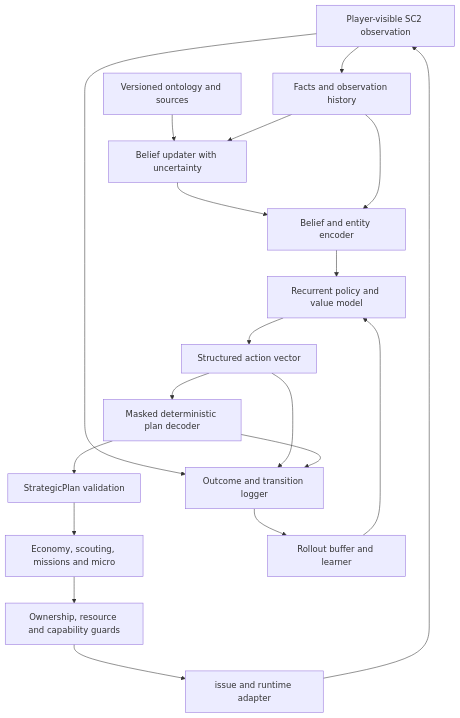
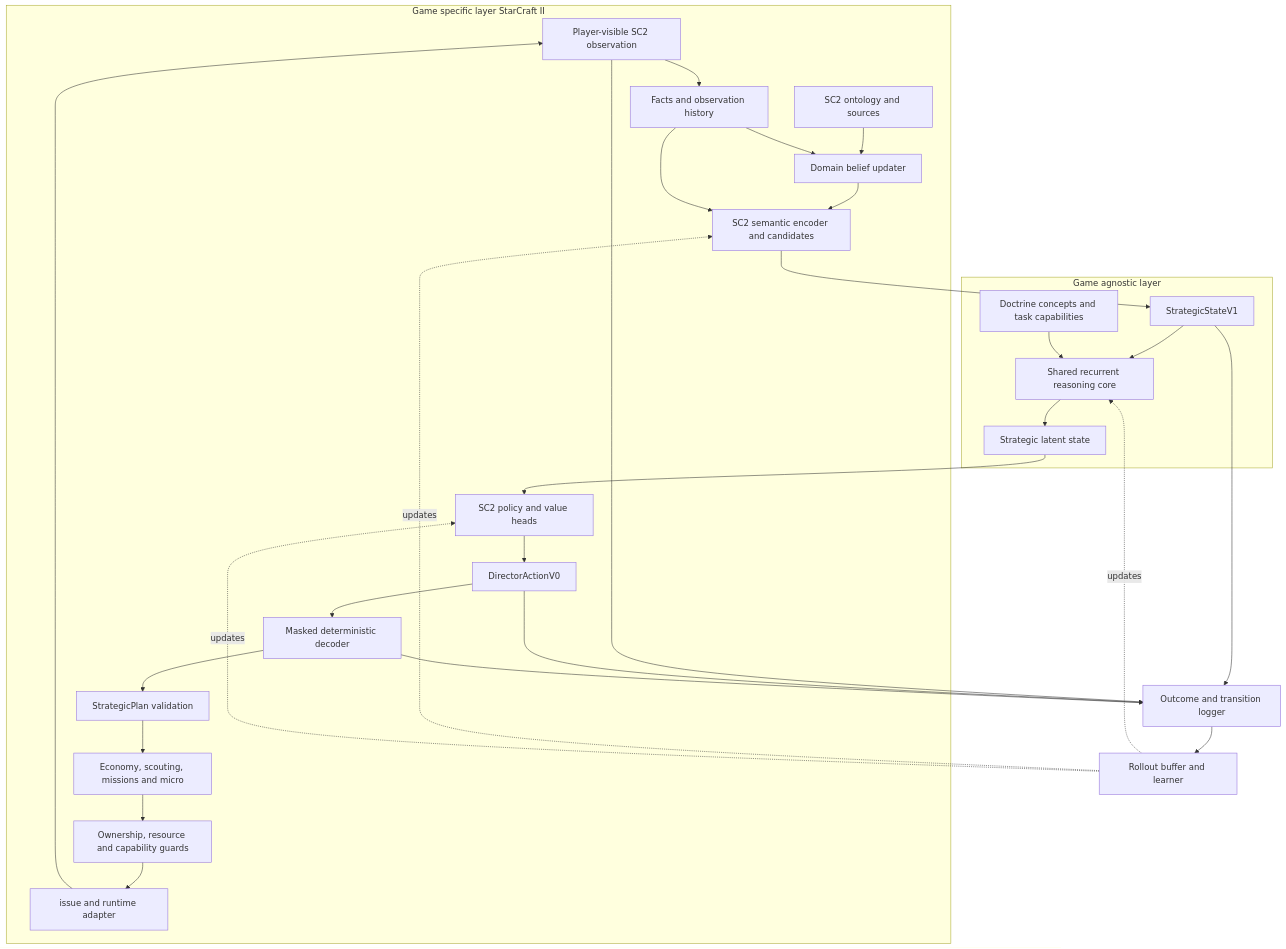
One commit to Darainer/Starcraft2Bot changed the diagram in docs/rl-architecture.md. Above: the diagram before and after it, drawn with Mermaid. The commit also changed other lines of this file and 6 other files, not shown here.

Commit message:
docs(architecture): separate shared strategy core from StarCraft adapter

````diff
--- a/docs/rl-architecture.md
+++ b/docs/rl-architecture.md
@@ -51,21 +53,32 @@
 ```mermaid
 flowchart TD
-    API[Player-visible SC2 observation] --> F[Facts and observation history]
-    O[Versioned ontology and sources] --> B[Belief updater with uncertainty]
-    F --> B
-    B --> E[Belief and entity encoder]
-    F --> E
-    E --> R[Recurrent policy and value model]
-    R --> V[Structured action vector]
-    V --> D[Masked deterministic plan decoder]
-    D --> P[StrategicPlan validation]
-    P --> C[Economy, scouting, missions and micro]
-    C --> G[Ownership, resource and capability guards]
-    G --> I[issue and runtime adapter]
+    subgraph SC2[Game specific layer StarCraft II]
+        API[Player-visible SC2 observation] --> F[Facts and observation history]
+        O[SC2 ontology and sources] --> B[Domain belief updater]
+        F --> B
+        B --> E[SC2 semantic encoder and candidates]
+        F --> E
+        H[SC2 policy and value heads] --> V[DirectorActionV0]
+        V --> D[Masked deterministic decoder]
+        D --> P[StrategicPlan validation]
+        P --> C[Economy, scouting, missions and micro]
+        C --> G[Ownership, resource and capability guards]
+        G --> I[issue and runtime adapter]
+    end
+    subgraph Core[Game agnostic layer]
+        S[StrategicStateV1] --> R[Shared recurrent reasoning core]
+        K[Doctrine concepts and task capabilities] --> R
+        R --> Z[Strategic latent state]
+    end
+    E --> S
+    Z --> H
     I --> API
     API --> L[Outcome and transition logger]
+    S --> L
     V --> L
     D --> L
     L --> T[Rollout buffer and learner]
-    T --> R
+    T -. updates .-> E
+    T -. updates .-> R
+    T -. updates .-> H
 ```
````
